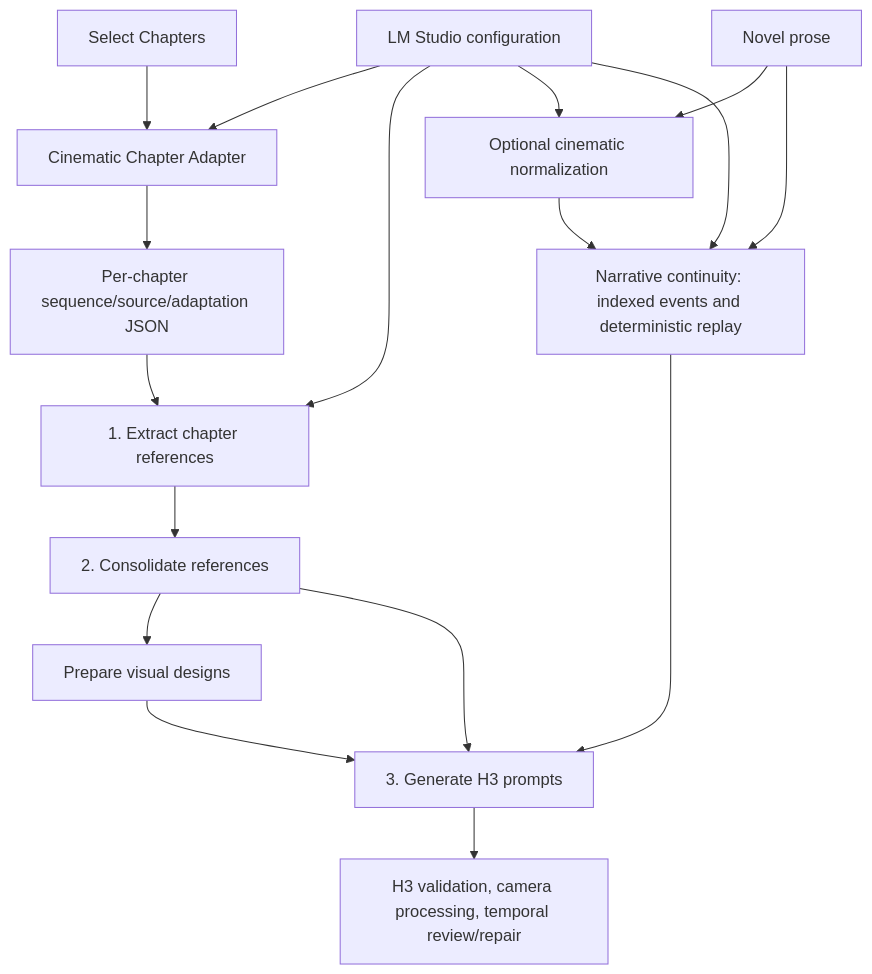
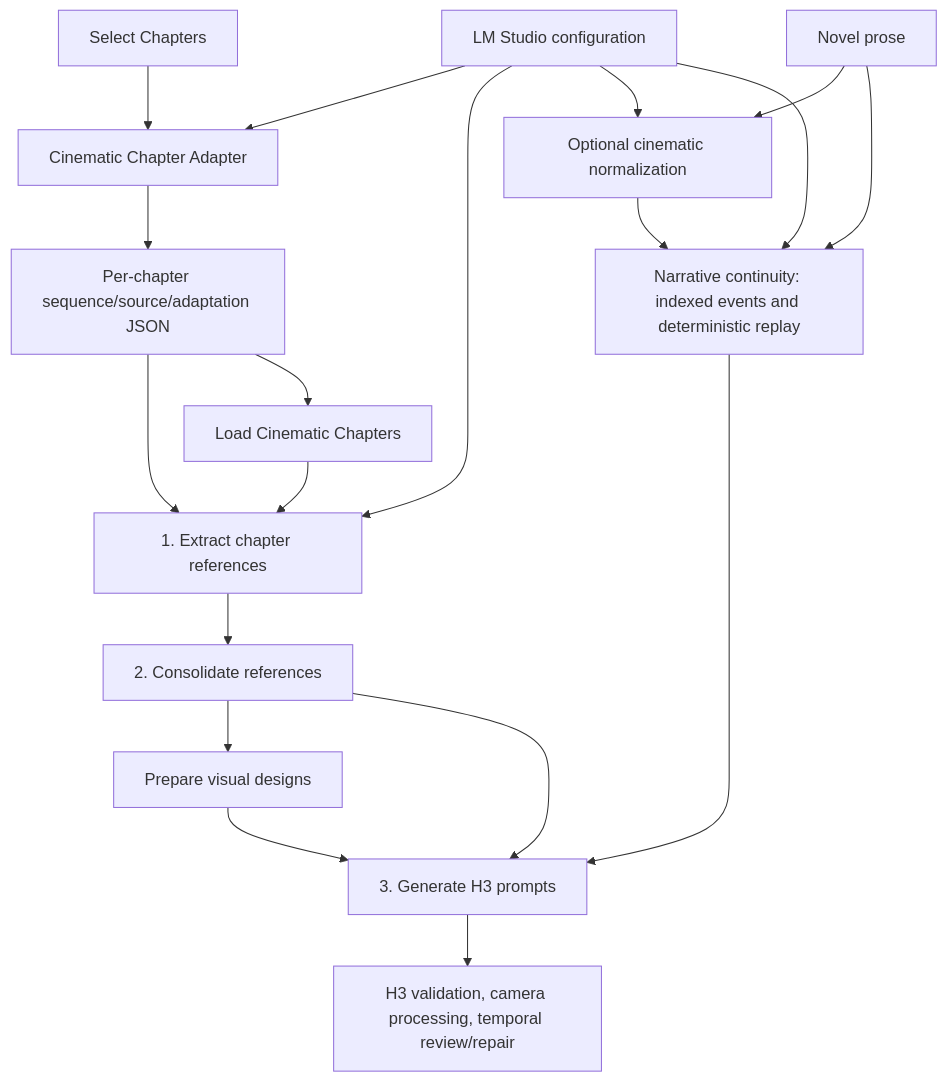
The first of 2 diagrams in docs/architecture.md (yuyuki/ComfyUI-Minimax_H3_Novel_Pipeline), drawn with Mermaid before and after one commit. The commit also changed other lines of this file and 12 other files, not shown here.

Commit message:
feat: Add Load Cinematic Chapters node to resume extraction from saved JSON files

````diff
--- a/docs/architecture.md
+++ b/docs/architecture.md
@@ -9,19 +9,21 @@
 ```mermaid
 flowchart TD
     selector["Select Chapters"] --> adapter["Cinematic Chapter Adapter"]
     config --> adapter
     adapter --> adapted["Per-chapter sequence/source/adaptation JSON"]
     adapted --> extract
+    adapted --> loader["Load Cinematic Chapters"]
+    loader --> extract
     config["LM Studio configuration"] --> extract["1. Extract chapter references"]
     extract --> consolidate["2. Consolidate references"]
     consolidate --> designs["Prepare visual designs"]
     designs --> generate["3. Generate H3 prompts"]
     consolidate --> generate
     novel["Novel prose"] --> normalize["Optional cinematic normalization"]
     config --> normalize
     normalize --> state["Narrative continuity: indexed events and deterministic replay"]
     novel --> state
     config --> state
     state --> generate
     generate --> review["H3 validation, camera processing, temporal review/repair"]
 ```
````
